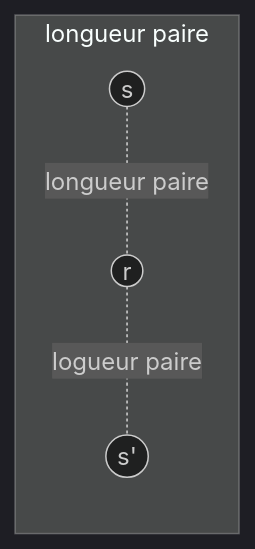
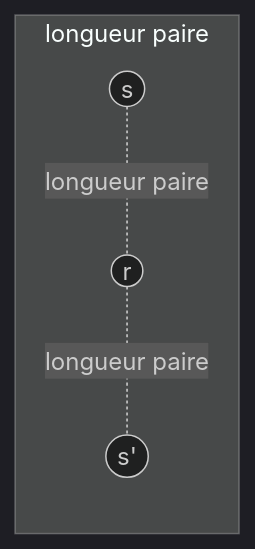
Diagram 25 of 33 in Chap_10.md (Prog-up/Cours-Info), drawn with Mermaid (dark theme) before and after one commit. The commit also changed other lines of this file, not shown here.

````diff
--- a/Chap_10.md
+++ b/Chap_10.md
@@ -1013,6 +1013,6 @@
  ```mermaid
  flowchart LR
    subgraph longueur paire
-    id1((s)) -.-|longueur paire| id2((r)) -.-|logueur paire| id3((s'))
+    id1((s)) -.-|longueur paire| id2((r)) -.-|longueur paire| id3((s'))
    end
  ```
````
